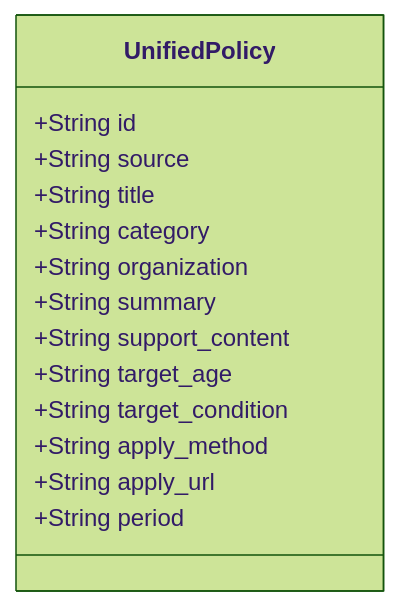
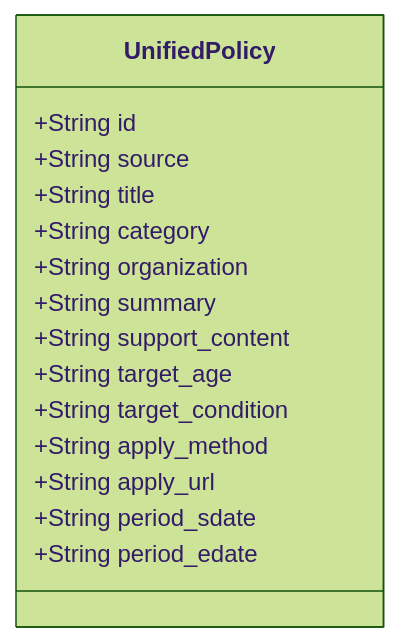
One commit to sniky6543/Project02 changed the diagram in db/policy_data_schema.md. Above: the diagram before and after it, drawn with Mermaid (forest theme). The commit also changed other lines of this file, not shown here.

Commit message:
docs(db): Update policy data schema to split period into period_sdate and period_edate

````diff
--- a/db/policy_data_schema.md
+++ b/db/policy_data_schema.md
@@ -13,17 +13,18 @@
 ```mermaid
 classDiagram
     class UnifiedPolicy {
         +String id
         +String source
         +String title
         +String category
         +String organization
         +String summary
         +String support_content
         +String target_age
         +String target_condition
         +String apply_method
         +String apply_url
-        +String period
+        +String period_sdate
+        +String period_edate
     }
 ```
````
